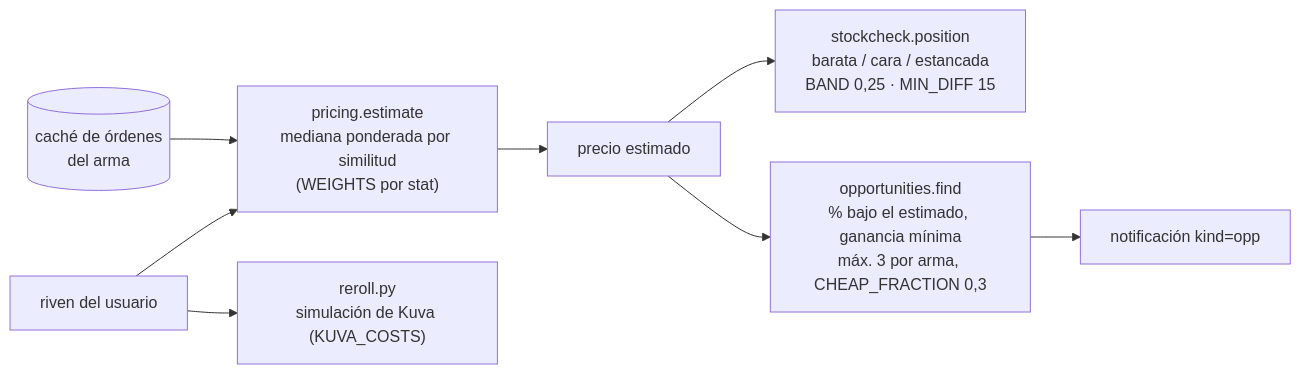
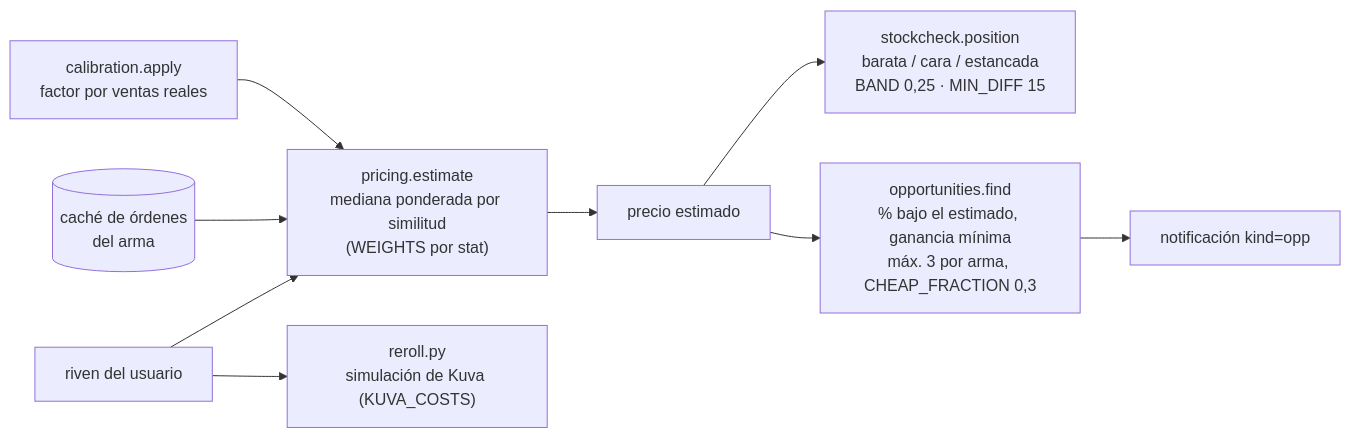
One commit to Franh01/riven-stock changed the fifth of 8 diagrams in docs/ARQUITECTURA.md. Above: the diagram before and after it, drawn with Mermaid. The commit also changed other lines of this file and 15 other files, not shown here.

````diff
--- a/docs/ARQUITECTURA.md
+++ b/docs/ARQUITECTURA.md
@@ -134,10 +134,11 @@
 ```mermaid
 flowchart LR
     A["riven del usuario"] --> P["pricing.estimate<br/>mediana ponderada por similitud<br/>(WEIGHTS por stat)"]
     CA[("caché de órdenes<br/>del arma")] --> P
+    CF["calibration.apply<br/>factor por ventas reales"] --> P
     P --> E["precio estimado"]
     E --> SP["stockcheck.position<br/>barata / cara / estancada<br/>BAND 0,25 · MIN_DIFF 15"]
     E --> OP["opportunities.find<br/>% bajo el estimado, ganancia mínima<br/>máx. 3 por arma, CHEAP_FRACTION 0,3"]
     OP --> N["notificación kind=opp"]
     A --> R["reroll.py<br/>simulación de Kuva (KUVA_COSTS)"]
 ```
````
